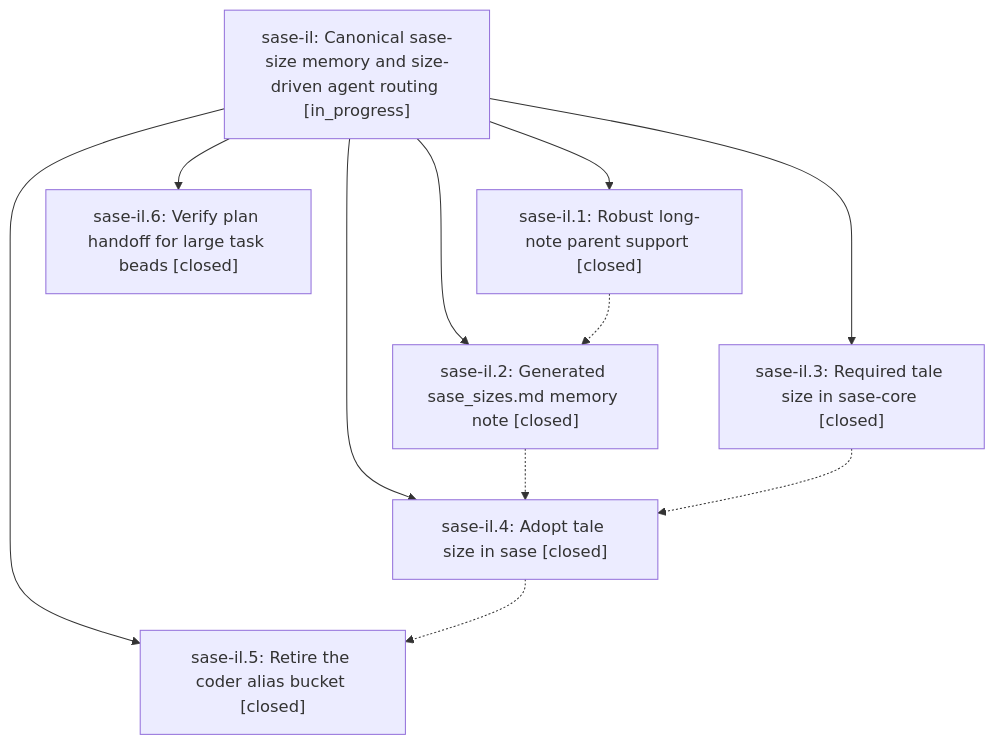
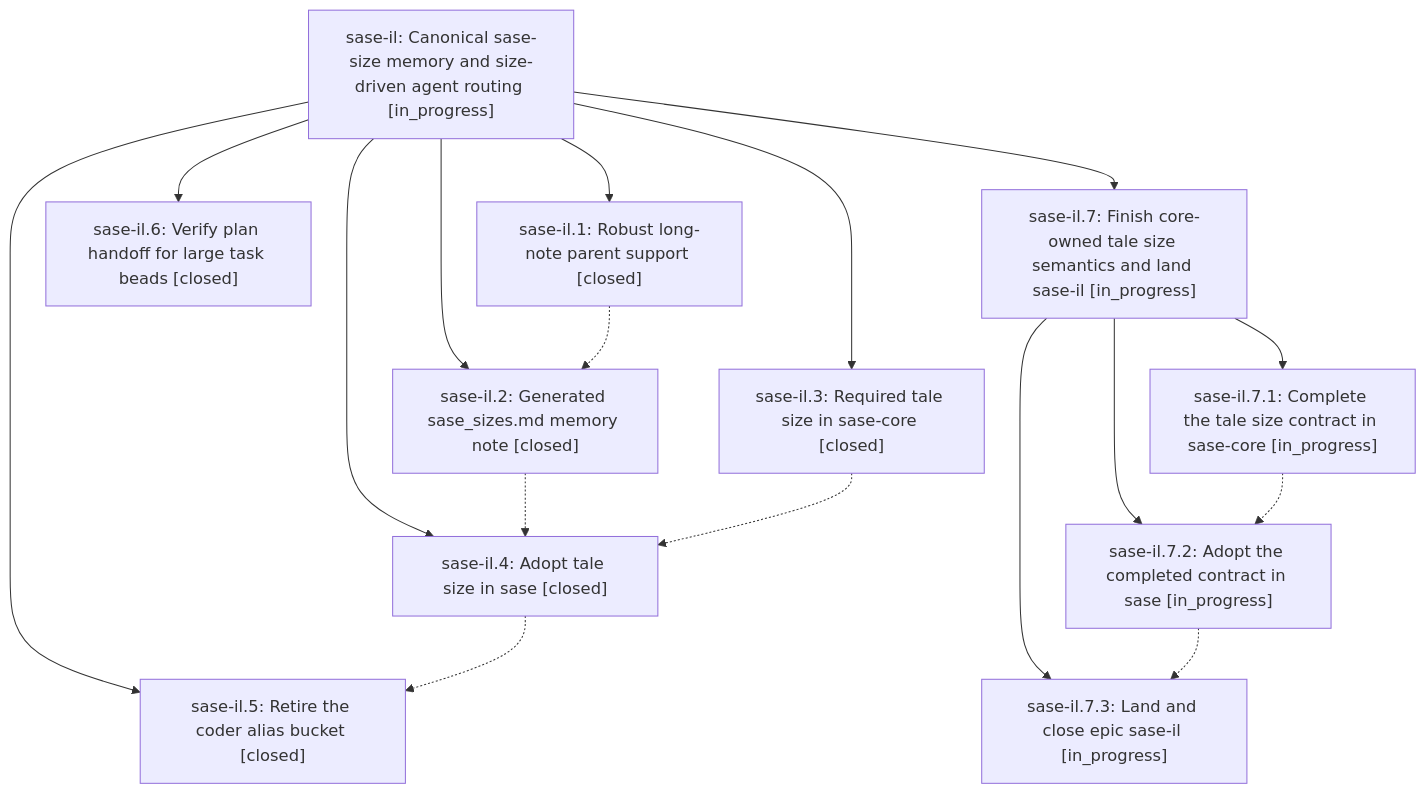
One commit to sase-org/sase--beads changed the diagram in pages/sase-il/README.md. Above: the diagram before and after it, drawn with Mermaid. The commit also changed other lines of this file and 4 other files, not shown here.

````diff
--- a/pages/sase-il/README.md
+++ b/pages/sase-il/README.md
@@ -35,20 +50,30 @@
 ```mermaid
 flowchart TD
     n0["sase-il: Canonical sase-size memory and size-driven agent routing [in_progress]"]
     n1["sase-il.1: Robust long-note parent support [closed]"]
     n2["sase-il.2: Generated sase_sizes.md memory note [closed]"]
     n3["sase-il.3: Required tale size in sase-core [closed]"]
     n4["sase-il.4: Adopt tale size in sase [closed]"]
     n5["sase-il.5: Retire the coder alias bucket [closed]"]
     n6["sase-il.6: Verify plan handoff for large task beads [closed]"]
+    n7["sase-il.7: Finish core-owned tale size semantics and land sase-il [in_progress]"]
+    n8["sase-il.7.1: Complete the tale size contract in sase-core [in_progress]"]
+    n9["sase-il.7.2: Adopt the completed contract in sase [in_progress]"]
+    n10["sase-il.7.3: Land and close epic sase-il [in_progress]"]
     n0 --> n1
     n0 --> n2
     n0 --> n3
     n0 --> n4
     n0 --> n5
     n0 --> n6
+    n0 --> n7
+    n7 --> n8
+    n7 --> n9
+    n7 --> n10
     n1 -.-> n2
     n2 -.-> n4
     n3 -.-> n4
     n4 -.-> n5
+    n8 -.-> n9
+    n9 -.-> n10
 ```
````
